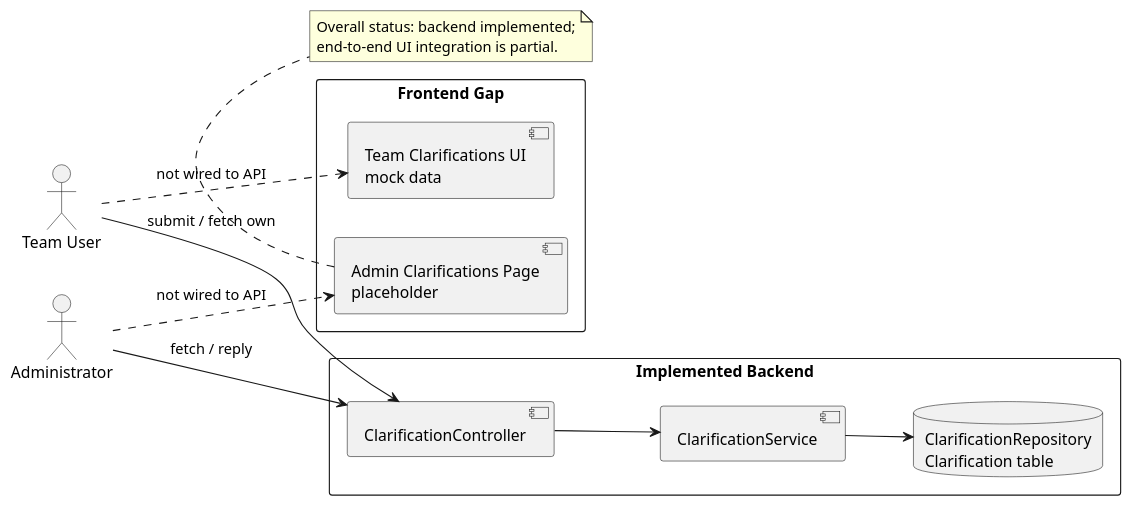
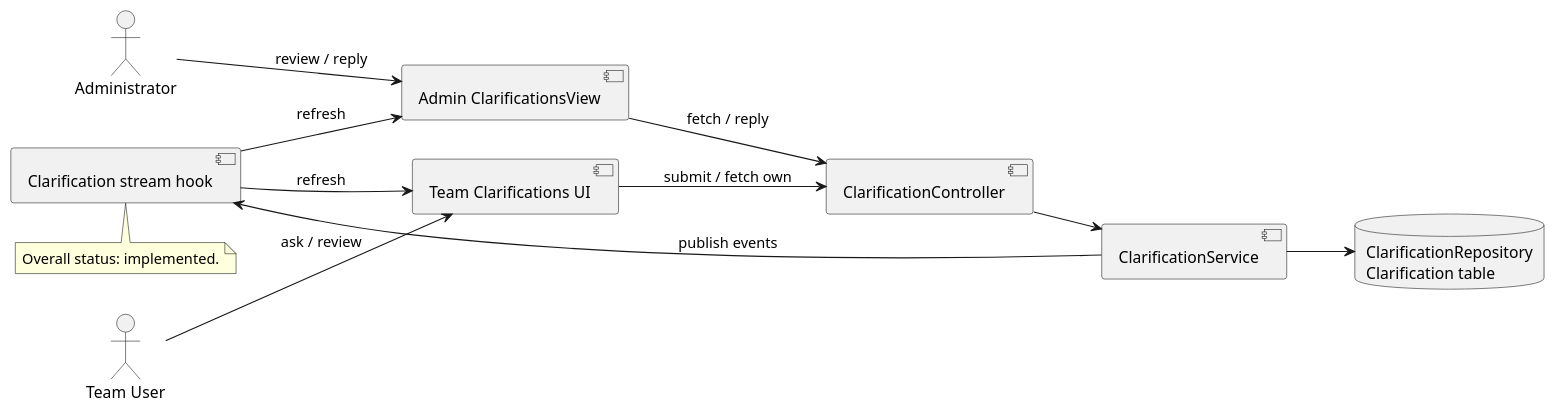
Diagram 12 of 17 in docs/report-rebuild/diagram-prompts.md (AuraC-graduate-project/AuraC2), drawn with PlantUML before and after one commit. The commit also changed other lines of this file and 3 other files, not shown here.

````diff
--- a/docs/report-rebuild/diagram-prompts.md
+++ b/docs/report-rebuild/diagram-prompts.md
@@ -464,26 +464,25 @@
 ```plantuml
 @startuml
 left to right direction
 actor "Team User" as Team
 actor Administrator as Admin
-rectangle "Implemented Backend" as Backend {
-  [ClarificationController]
-  [ClarificationService]
-  database "ClarificationRepository\nClarification table" as CDB
-}
-rectangle "Frontend Gap" as Frontend {
-  [Team Clarifications UI\nmock data]
-  [Admin Clarifications Page\nplaceholder]
-}
-Team --> [ClarificationController] : submit / fetch own
-Admin --> [ClarificationController] : fetch / reply
-[ClarificationController] --> [ClarificationService]
-[ClarificationService] --> CDB
-Team ..> [Team Clarifications UI\nmock data] : not wired to API
-Admin ..> [Admin Clarifications Page\nplaceholder] : not wired to API
+component "Team Clarifications UI" as TeamUI
+component "Admin ClarificationsView" as AdminUI
+component "ClarificationController" as Controller
+component "ClarificationService" as Service
+database "ClarificationRepository\nClarification table" as CDB
+component "Clarification stream hook" as Stream
+Team --> TeamUI : ask / review
+Admin --> AdminUI : review / reply
+TeamUI --> Controller : submit / fetch own
+AdminUI --> Controller : fetch / reply
+Controller --> Service
+Service --> CDB
+Service --> Stream : publish events
+Stream --> TeamUI : refresh
+Stream --> AdminUI : refresh
 note bottom
-Overall status: backend implemented;
-end-to-end UI integration is partial.
+Overall status: implemented.
 end note
 @enduml
 ```
````
